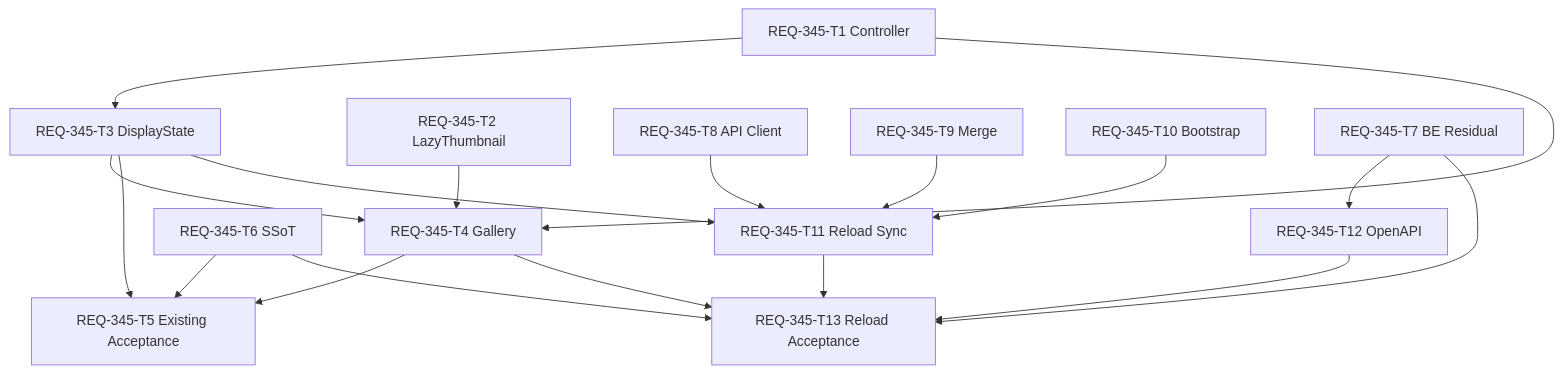
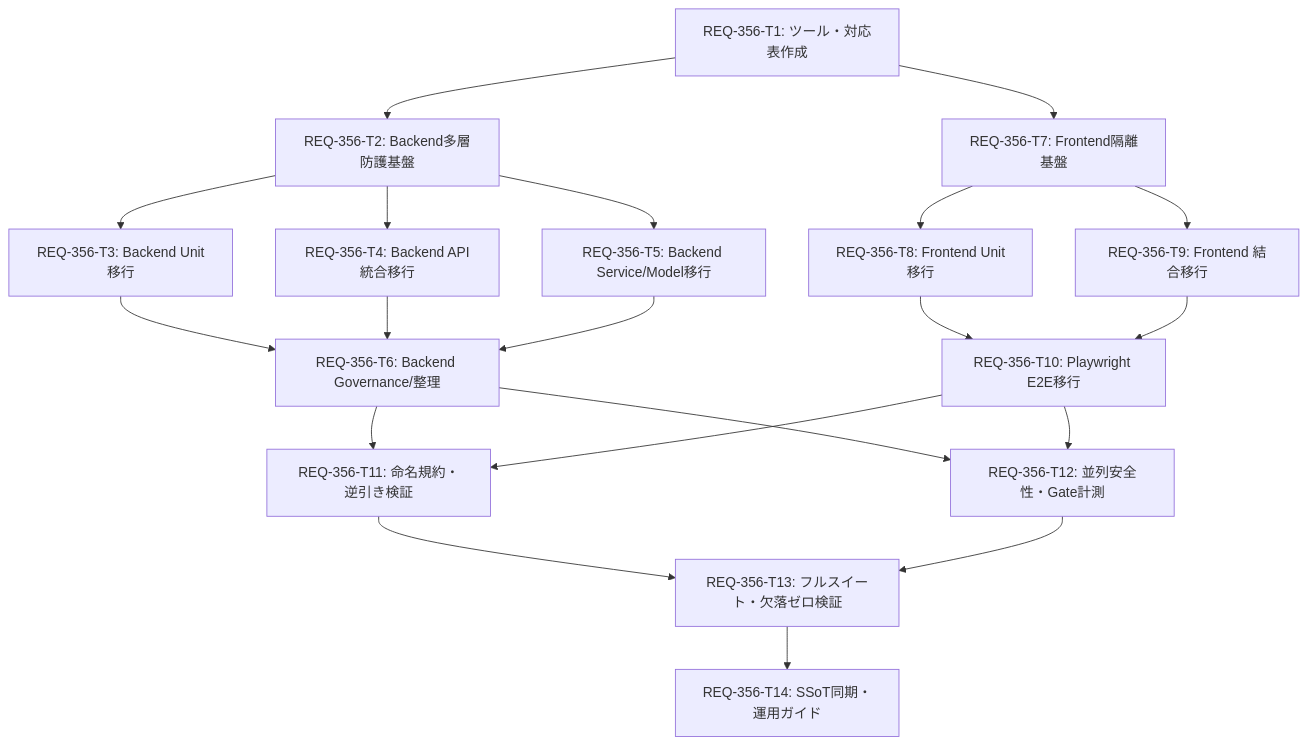
Before and after one commit to TAKE4548/comfy-create-helper2: the diagram in implementation_plan.md, drawn with Mermaid. The commit also changed other lines of this file and 191 other files, not shown here.

````diff
--- a/implementation_plan.md
+++ b/implementation_plan.md
@@ -42,20 +11,22 @@
-~~~mermaid
+```mermaid
 graph TD
-  T1[REQ-345-T1 Controller] --> T3[REQ-345-T3 DisplayState]
-  T1 --> T4[REQ-345-T4 Gallery]
-  T2[REQ-345-T2 LazyThumbnail] --> T4
-  T3 --> T4
-  T3 --> T5[REQ-345-T5 Existing Acceptance]
-  T4 --> T5
-  T6[REQ-345-T6 SSoT] --> T5
-  T3 --> T11[REQ-345-T11 Reload Sync]
-  T8[REQ-345-T8 API Client] --> T11
-  T9[REQ-345-T9 Merge] --> T11
-  T10[REQ-345-T10 Bootstrap] --> T11
-  T7[REQ-345-T7 BE Residual] --> T12[REQ-345-T12 OpenAPI]
-  T7 --> T13[REQ-345-T13 Reload Acceptance]
-  T11 --> T13
-  T6 --> T13
+  T1["REQ-356-T1: ツール・対応表作成"] --> T2["REQ-356-T2: Backend多層防護基盤"]
+  T1 --> T7["REQ-356-T7: Frontend隔離基盤"]
+  T2 --> T3["REQ-356-T3: Backend Unit移行"]
+  T2 --> T4["REQ-356-T4: Backend API統合移行"]
+  T2 --> T5["REQ-356-T5: Backend Service/Model移行"]
+  T3 --> T6["REQ-356-T6: Backend Governance/整理"]
+  T4 --> T6
+  T5 --> T6
+  T7 --> T8["REQ-356-T8: Frontend Unit移行"]
+  T7 --> T9["REQ-356-T9: Frontend 結合移行"]
+  T8 --> T10["REQ-356-T10: Playwright E2E移行"]
+  T9 --> T10
+  T6 --> T11["REQ-356-T11: 命名規約・逆引き検証"]
+  T10 --> T11
+  T6 --> T12["REQ-356-T12: 並列安全性・Gate計測"]
+  T10 --> T12
+  T11 --> T13["REQ-356-T13: フルスイート・欠落ゼロ検証"]
   T12 --> T13
-  T4 --> T13
-~~~
+  T13 --> T14["REQ-356-T14: SSoT同期・運用ガイド"]
+```
````
